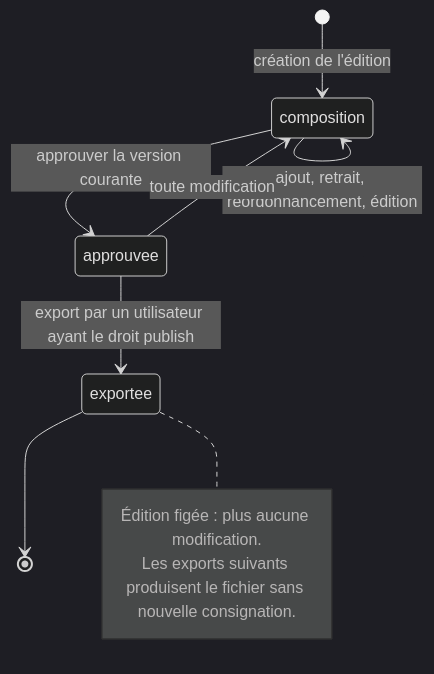
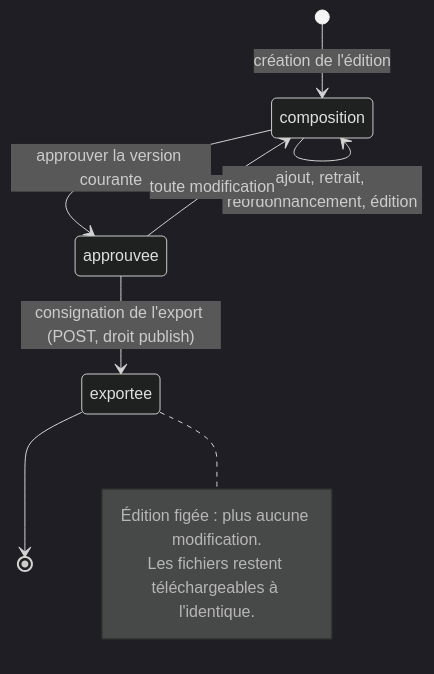
Before and after one commit to Makk7709/koraino: the fifth of 5 diagrams in docs/05-regles-metier.md, drawn with Mermaid (dark theme). The commit also changed other lines of this file and 13 other files, not shown here.

````diff
--- a/docs/05-regles-metier.md
+++ b/docs/05-regles-metier.md
@@ -467,13 +507,13 @@
 ```mermaid
 stateDiagram-v2
   [*] --> composition : création de l'édition
   composition --> composition : ajout, retrait, réordonnancement, édition
   composition --> approuvee : approuver la version courante
   approuvee --> composition : toute modification
-  approuvee --> exportee : export par un utilisateur ayant le droit publish
+  approuvee --> exportee : consignation de l'export (POST, droit publish)
   exportee --> [*]
   note right of exportee
     Édition figée : plus aucune modification.
-    Les exports suivants produisent le fichier sans nouvelle consignation.
+    Les fichiers restent téléchargeables à l'identique.
   end note
 ```
````
